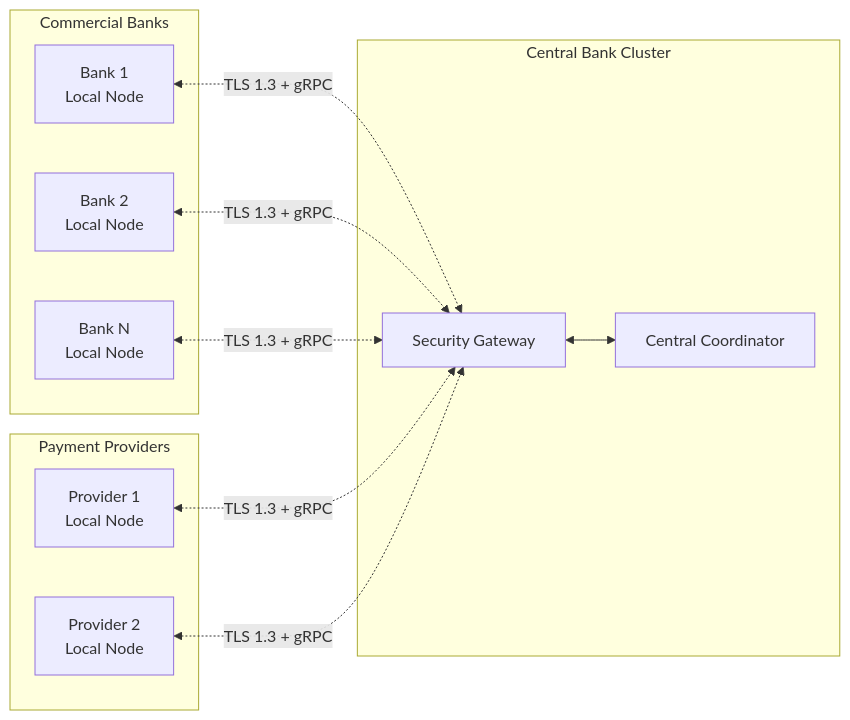
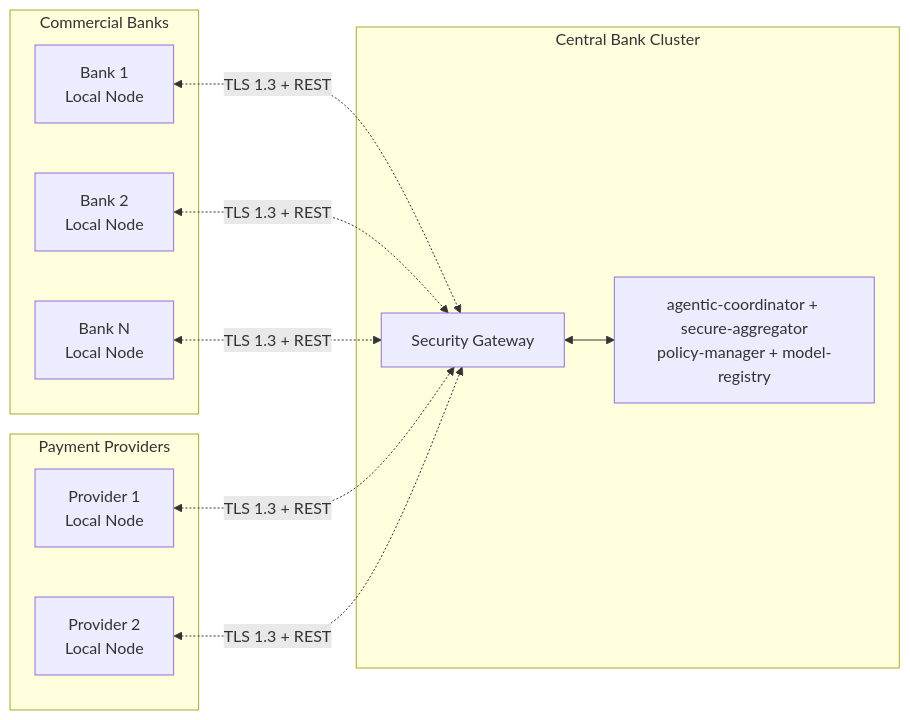
The second of 12 diagrams in doc/TECHNICAL-DESIGN.md (dayawansha/agentic-federated-cbdc-fraud-detection), drawn with Mermaid before and after one commit. The commit also changed other lines of this file and 48 other files, not shown here.

````diff
--- a/doc/TECHNICAL-DESIGN.md
+++ b/doc/TECHNICAL-DESIGN.md
@@ -137,25 +137,25 @@
 ```mermaid
 flowchart LR
     subgraph "Central Bank Cluster"
-        CB["Central Coordinator"]
+        CB["agentic-coordinator + secure-aggregator<br/>policy-manager + model-registry"]
         SEC["Security Gateway"]
     end
     
     subgraph "Commercial Banks"
         B1["Bank 1<br/>Local Node"]
         B2["Bank 2<br/>Local Node"]
         B3["Bank N<br/>Local Node"]
     end
     
     subgraph "Payment Providers"
         PP1["Provider 1<br/>Local Node"]
         PP2["Provider 2<br/>Local Node"]
     end
     
-    B1 <-.->|"TLS 1.3 + gRPC"| SEC
-    B2 <-.->|"TLS 1.3 + gRPC"| SEC
-    B3 <-.->|"TLS 1.3 + gRPC"| SEC
-    PP1 <-.->|"TLS 1.3 + gRPC"| SEC
-    PP2 <-.->|"TLS 1.3 + gRPC"| SEC
+    B1 <-.->|"TLS 1.3 + REST"| SEC
+    B2 <-.->|"TLS 1.3 + REST"| SEC
+    B3 <-.->|"TLS 1.3 + REST"| SEC
+    PP1 <-.->|"TLS 1.3 + REST"| SEC
+    PP2 <-.->|"TLS 1.3 + REST"| SEC
     SEC <--> CB
 ```
````
